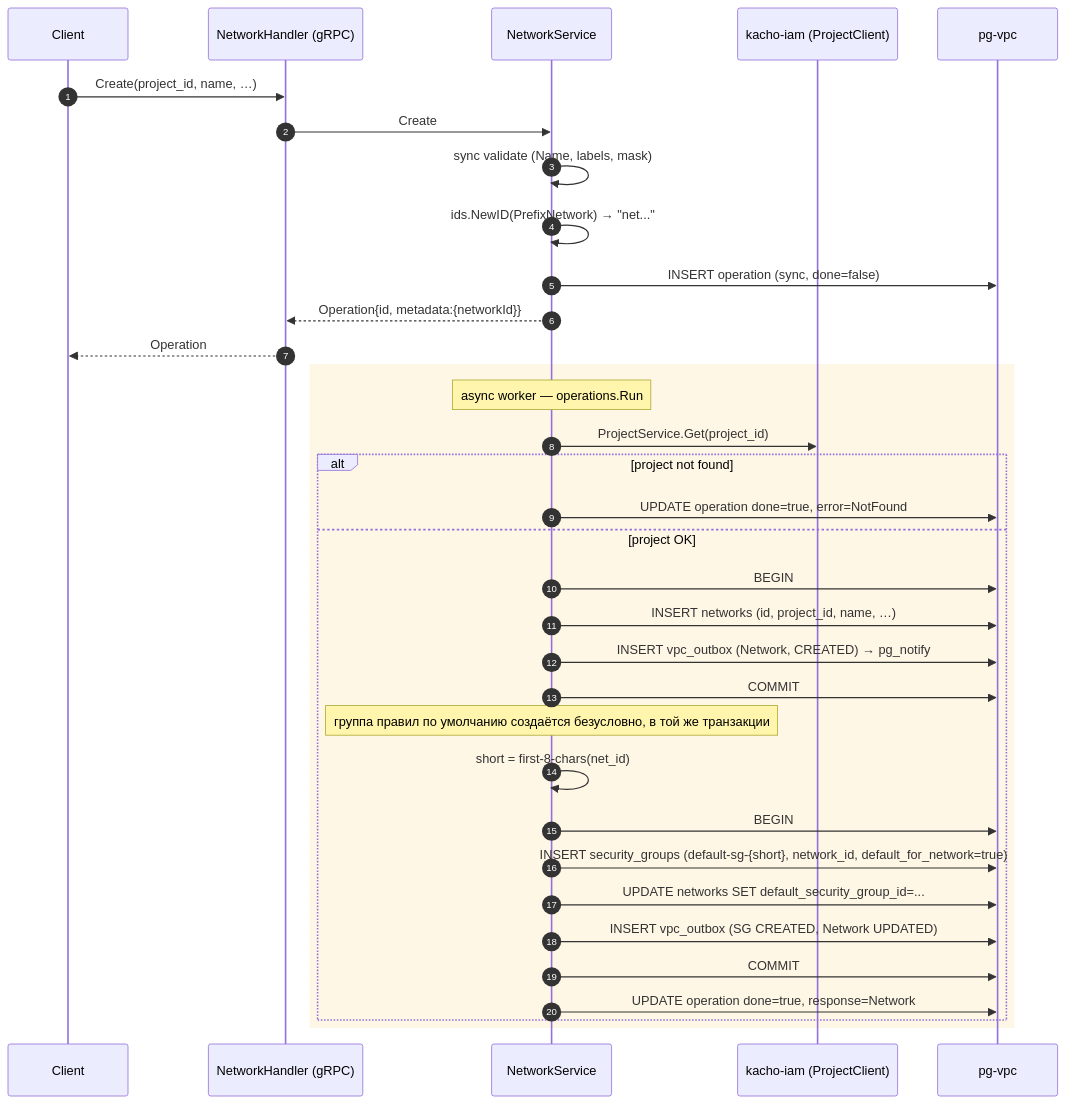
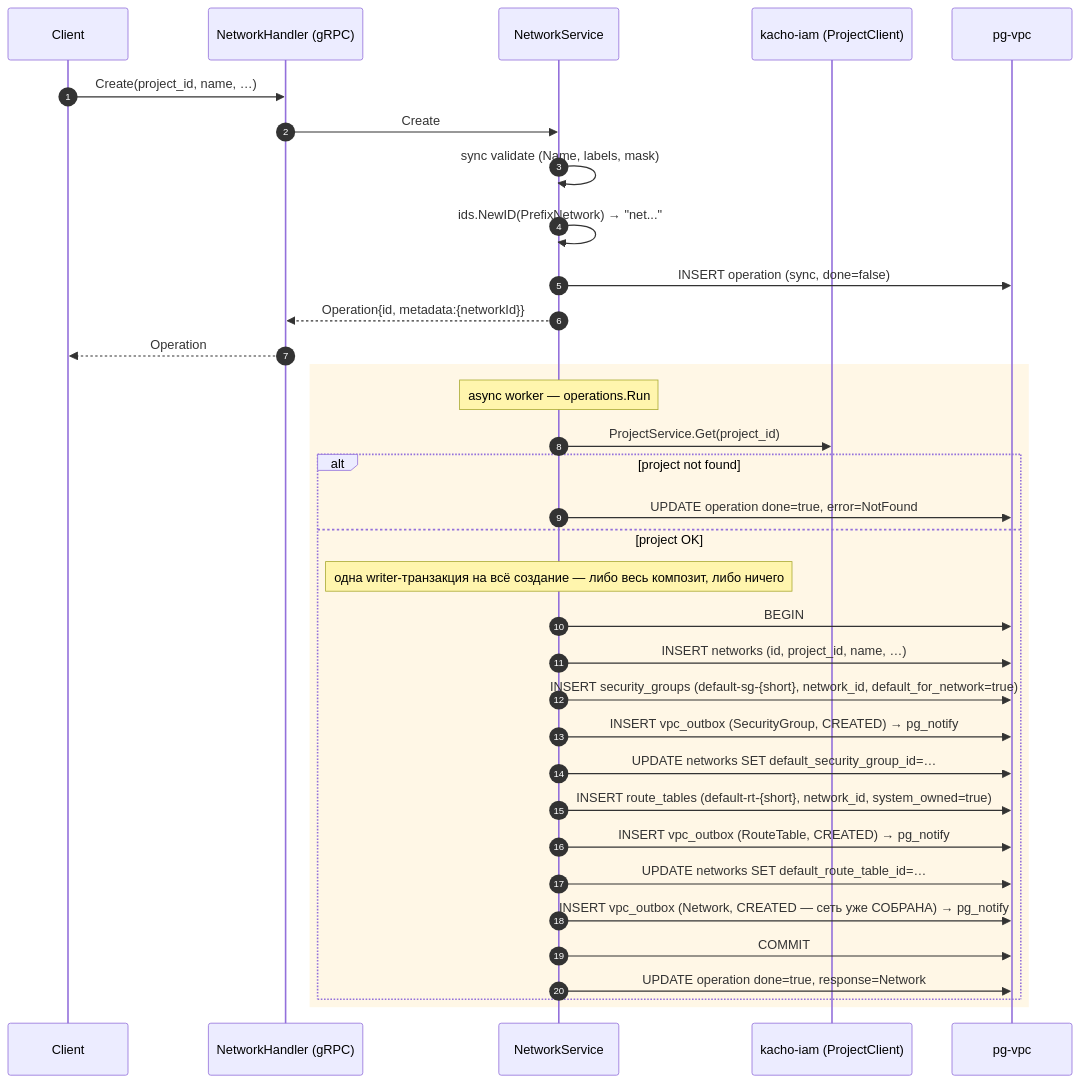
The first of 10 diagrams in services/vpc/docs/engineering/architecture/02-data-flows.md (PRO-Robotech/kacho), drawn with Mermaid before and after one commit. The commit also changed 8 other files, not shown here.

First line of the commit message:
fix(vpc): сеть объявляется журналу один раз, собранной

````diff
--- a/services/vpc/docs/engineering/architecture/02-data-flows.md
+++ b/services/vpc/docs/engineering/architecture/02-data-flows.md
@@ -21,40 +21,39 @@
 ```mermaid
 sequenceDiagram
   autonumber
   participant U as Client
   participant H as NetworkHandler (gRPC)
   participant S as NetworkService
   participant RM as kacho-iam (ProjectClient)
   participant DB as pg-vpc
 
   U->>H: Create(project_id, name, …)
   H->>S: Create
   S->>S: sync validate (Name, labels, mask)
   S->>S: ids.NewID(PrefixNetwork) → "net..."
   S->>DB: INSERT operation (sync, done=false)
   S-->>H: Operation{id, metadata:{networkId}}
   H-->>U: Operation
 
   rect rgb(255,247,230)
   Note over S: async worker — operations.Run
   S->>RM: ProjectService.Get(project_id)
   alt project not found
     S->>DB: UPDATE operation done=true, error=NotFound
   else project OK
+    Note over S: одна writer-транзакция на всё создание — либо весь композит, либо ничего
     S->>DB: BEGIN
     S->>DB: INSERT networks (id, project_id, name, …)
-    S->>DB: INSERT vpc_outbox (Network, CREATED) → pg_notify
-    S->>DB: COMMIT
-
-    Note over S: группа правил по умолчанию создаётся безусловно, в той же транзакции
-    S->>S: short = first-8-chars(net_id)
-    S->>DB: BEGIN
     S->>DB: INSERT security_groups (default-sg-{short}, network_id, default_for_network=true)
-    S->>DB: UPDATE networks SET default_security_group_id=...
-    S->>DB: INSERT vpc_outbox (SG CREATED, Network UPDATED)
+    S->>DB: INSERT vpc_outbox (SecurityGroup, CREATED) → pg_notify
+    S->>DB: UPDATE networks SET default_security_group_id=…
+    S->>DB: INSERT route_tables (default-rt-{short}, network_id, system_owned=true)
+    S->>DB: INSERT vpc_outbox (RouteTable, CREATED) → pg_notify
+    S->>DB: UPDATE networks SET default_route_table_id=…
+    S->>DB: INSERT vpc_outbox (Network, CREATED — сеть уже СОБРАНА) → pg_notify
     S->>DB: COMMIT
 
     S->>DB: UPDATE operation done=true, response=Network
   end
   end
 ```
````
